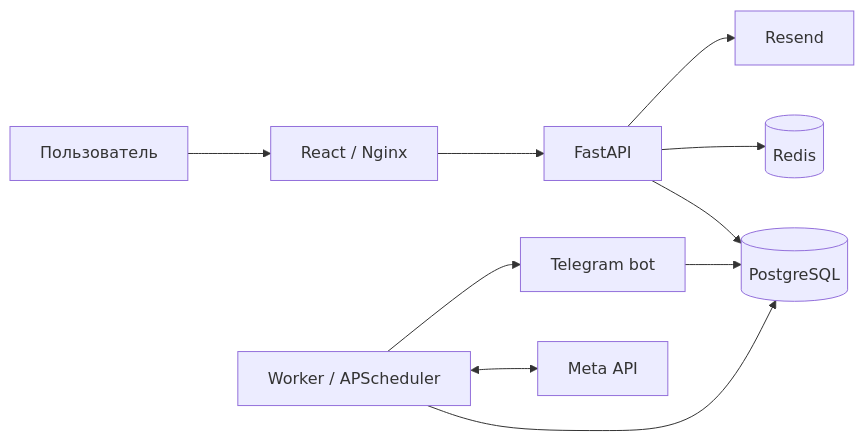
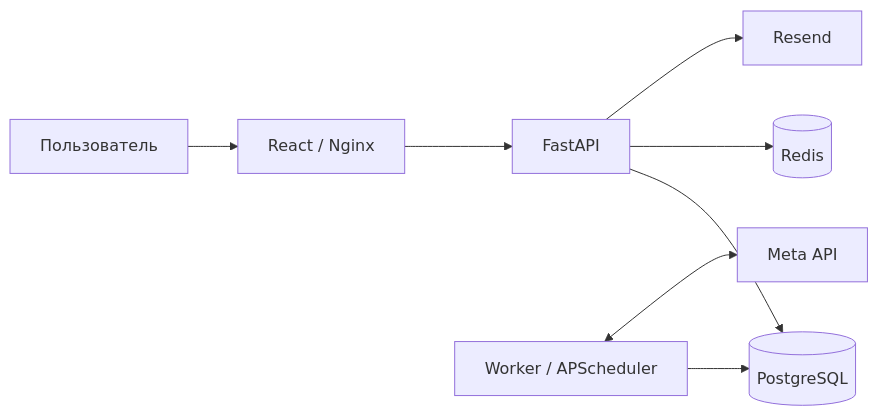
One commit to hiurano/buyerly changed the diagram in docs/ARCHITECTURE.md. Above: the diagram before and after it, drawn with Mermaid. The commit also changed other lines of this file and 54 other files, not shown here.

First line of the commit message:
chore: remove Telegram bot and notifications

````diff
--- a/docs/ARCHITECTURE.md
+++ b/docs/ARCHITECTURE.md
@@ -7,12 +7,10 @@
 ```mermaid
 flowchart LR
     U[Пользователь] --> W[React / Nginx]
     W --> A[FastAPI]
     A --> D[(PostgreSQL)]
     A --> R[(Redis)]
     A --> E[Resend]
-    B[Telegram bot] --> D
     K[Worker / APScheduler] --> D
     K <--> M[Meta API]
-    K --> B
 ```
````
